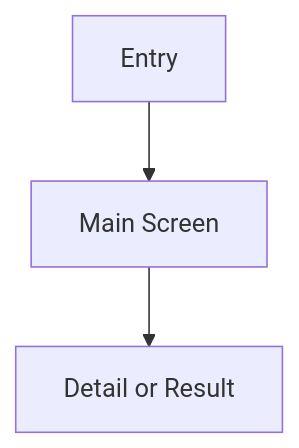
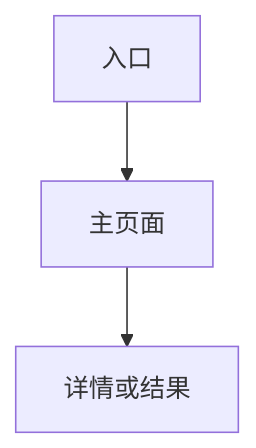
Before and after one commit to husinglemon-art/TMS_Shipper: the diagram in 02_Iteration_Workspace/_Template/03_PRD_Initial.md, drawn with Mermaid. The commit also changed other lines of this file and 10 other files, not shown here.

````diff
--- a/02_Iteration_Workspace/_Template/03_PRD_Initial.md
+++ b/02_Iteration_Workspace/_Template/03_PRD_Initial.md
@@ -15,5 +15,5 @@
 ```mermaid
 graph TD
-    A[Entry] --> B[Main Screen]
-    B --> C[Detail or Result]
+    A[入口] --> B[主页面]
+    B --> C[详情或结果]
 ```
````
